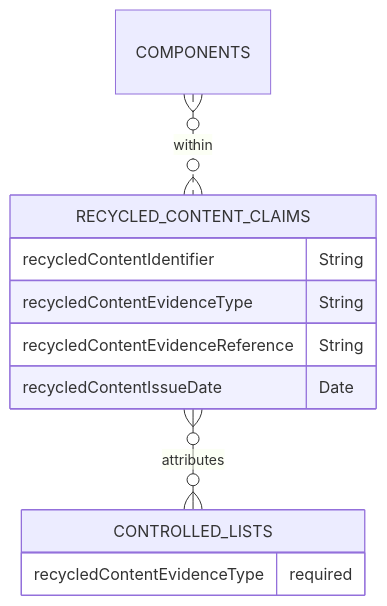
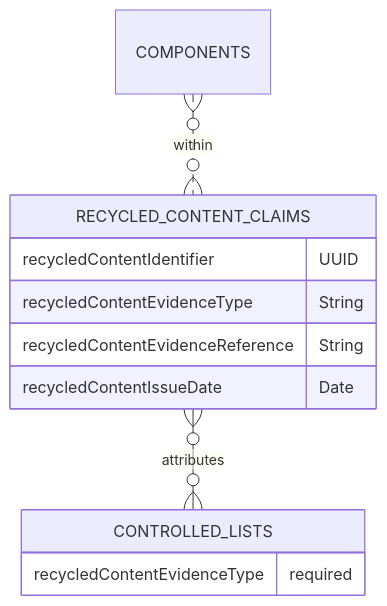
One commit to OpenDataManchester/Open3P changed the diagram in docs/6_Relationship_Lists/6_009_Recycled_Content_Claims.md. Above: the diagram before and after it, drawn with Mermaid. The commit also changed other lines of this file, not shown here.

Commit message:
Recycled Content Claims to UUID from string

````diff
--- a/docs/6_Relationship_Lists/6_009_Recycled_Content_Claims.md
+++ b/docs/6_Relationship_Lists/6_009_Recycled_Content_Claims.md
@@ -20,15 +20,15 @@
 ``` mermaid
 erDiagram
 
   COMPONENTS }o..o{ RECYCLED_CONTENT_CLAIMS : within
   RECYCLED_CONTENT_CLAIMS {
-    recycledContentIdentifier String
+    recycledContentIdentifier UUID
     recycledContentEvidenceType String
     recycledContentEvidenceReference String
     recycledContentIssueDate Date
   }
   RECYCLED_CONTENT_CLAIMS }o--o{ CONTROLLED_LISTS : attributes
   CONTROLLED_LISTS {
     recycledContentEvidenceType required
   }
 ```
````
